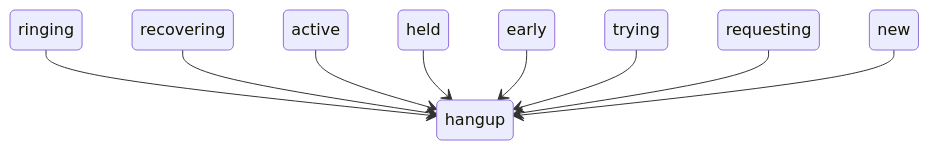
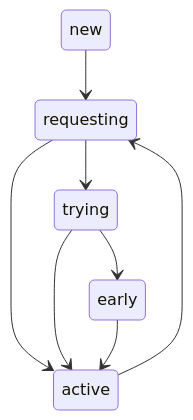
The fourth of 4 diagrams in verto-design.md (bjenning04/foam), drawn with Mermaid before and after one commit.

Commit message:
May 4, 2026, 5:58 PM

````diff
--- a/verto-design.md
+++ b/verto-design.md
@@ -318,11 +318,10 @@
 ```mermaid
 stateDiagram
-    ringing --> hangup
-    recovering --> hangup
-    active --> hangup
-    held --> hangup
-    early --> hangup
-    trying --> hangup
-    requesting --> hangup
-    new --> hangup
+    new --> requesting
+    active --> requesting
+    requesting --> trying
+    trying --> early
+    requesting --> active
+    trying --> active
+    early --> active
 ```
````
